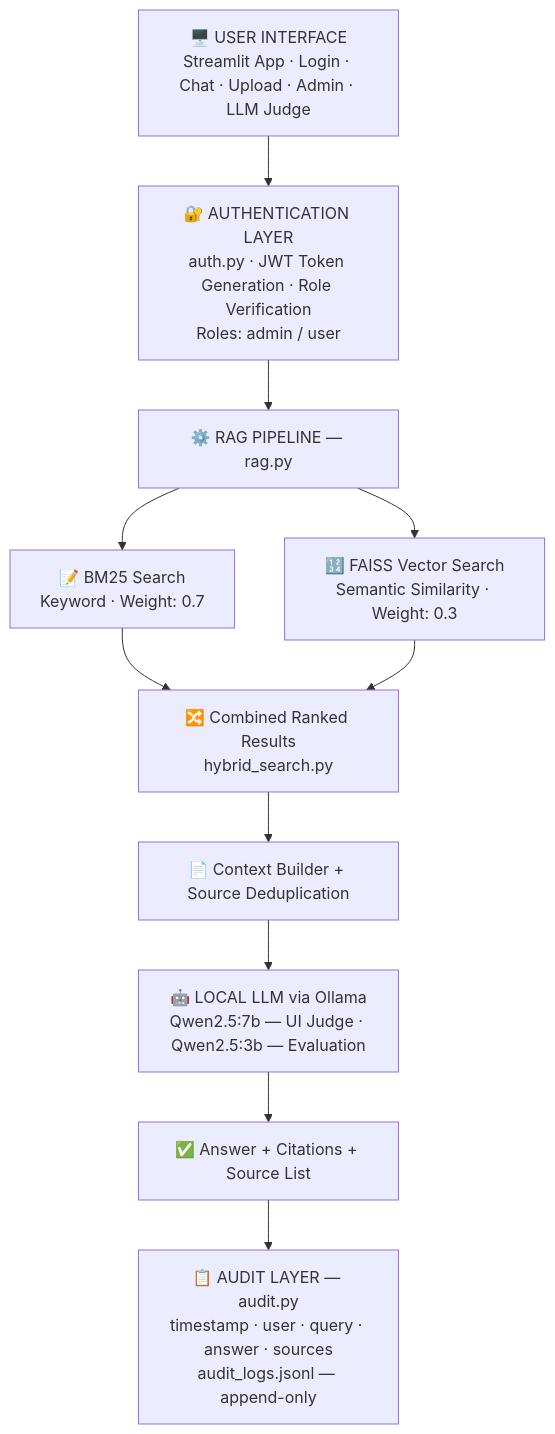
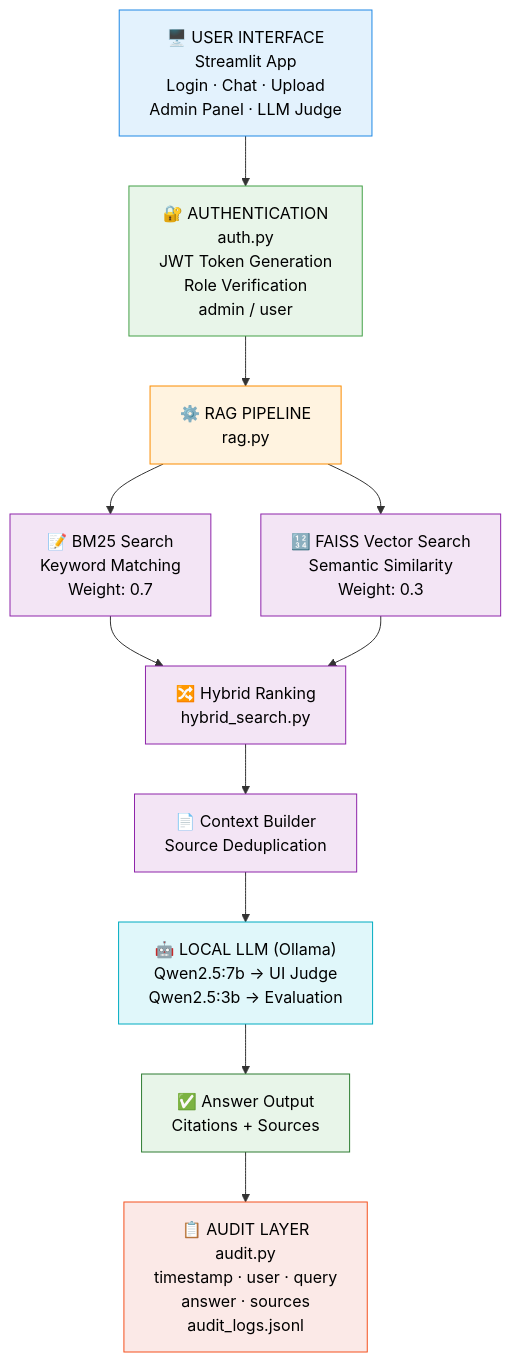
Before and after one commit to RaghavaParisa/life_sciences_rag_chatbot: the first of 2 diagrams in README.md, drawn with Mermaid. The commit also changed other lines of this file, not shown here.

````diff
--- a/README.md
+++ b/README.md
@@ -132,20 +132,47 @@
 ```mermaid
 flowchart TD
-    UI["🖥️ USER INTERFACE\nStreamlit App · Login · Chat · Upload · Admin · LLM Judge"]
-    AUTH["🔐 AUTHENTICATION LAYER\nauth.py · JWT Token Generation · Role Verification\nRoles: admin / user"]
-    RAG["⚙️ RAG PIPELINE — rag.py"]
-    BM25["📝 BM25 Search\nKeyword · Weight: 0.7"]
-    FAISS["🔢 FAISS Vector Search\nSemantic Similarity · Weight: 0.3"]
-    HYBRID["🔀 Combined Ranked Results\nhybrid_search.py"]
-    CTX["📄 Context Builder + Source Deduplication"]
-    LLM["🤖 LOCAL LLM via Ollama\nQwen2.5:7b — UI Judge · Qwen2.5:3b — Evaluation"]
-    ANS["✅ Answer + Citations + Source List"]
-    AUDIT["📋 AUDIT LAYER — audit.py\ntimestamp · user · query · answer · sources\naudit_logs.jsonl — append-only"]
+    %% Nodes
+    UI["🖥️ USER INTERFACE<br>Streamlit App<br>Login · Chat · Upload<br>Admin Panel · LLM Judge"]
 
+    AUTH["🔐 AUTHENTICATION<br>auth.py<br>JWT Token Generation<br>Role Verification<br>admin / user"]
+
+    RAG["⚙️ RAG PIPELINE<br>rag.py"]
+
+    BM25["📝 BM25 Search<br>Keyword Matching<br>Weight: 0.7"]
+
+    FAISS["🔢 FAISS Vector Search<br>Semantic Similarity<br>Weight: 0.3"]
+
+    HYBRID["🔀 Hybrid Ranking<br>hybrid_search.py"]
+
+    CTX["📄 Context Builder<br>Source Deduplication"]
+
+    LLM["🤖 LOCAL LLM (Ollama)<br>Qwen2.5:7b → UI Judge<br>Qwen2.5:3b → Evaluation"]
+
+    ANS["✅ Answer Output<br>Citations + Sources"]
+
+    AUDIT["📋 AUDIT LAYER<br>audit.py<br>timestamp · user · query<br>answer · sources<br>audit_logs.jsonl"]
     UI --> AUTH --> RAG
     RAG --> BM25
     RAG --> FAISS
     BM25 --> HYBRID
     FAISS --> HYBRID
     HYBRID --> CTX --> LLM --> ANS --> AUDIT
+
+    %% Color Classes
+    classDef ui fill:#E3F2FD,stroke:#1E88E5,stroke-width:1px,color:#000;
+    classDef auth fill:#E8F5E9,stroke:#43A047,stroke-width:1px,color:#000;
+    classDef rag fill:#FFF3E0,stroke:#FB8C00,stroke-width:1px,color:#000;
+    classDef retrieval fill:#F3E5F5,stroke:#8E24AA,stroke-width:1px,color:#000;
+    classDef llm fill:#E0F7FA,stroke:#00ACC1,stroke-width:1px,color:#000;
+    classDef output fill:#E8F5E9,stroke:#2E7D32,stroke-width:1px,color:#000;
+    classDef audit fill:#FBE9E7,stroke:#F4511E,stroke-width:1px,color:#000;
+
+    %% Apply Classes
+    class UI ui;
+    class AUTH auth;
+    class RAG rag;
+    class BM25,FAISS,HYBRID,CTX retrieval;
+    class LLM llm;
+    class ANS output;
+    class AUDIT audit;
 ```
````
